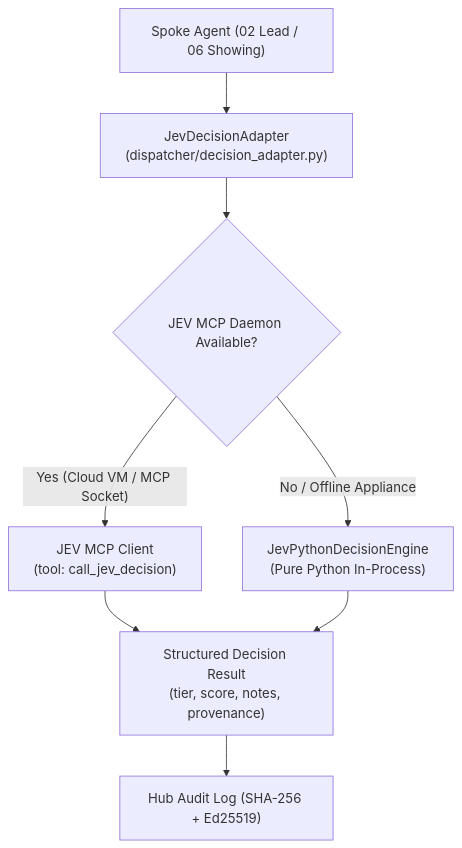
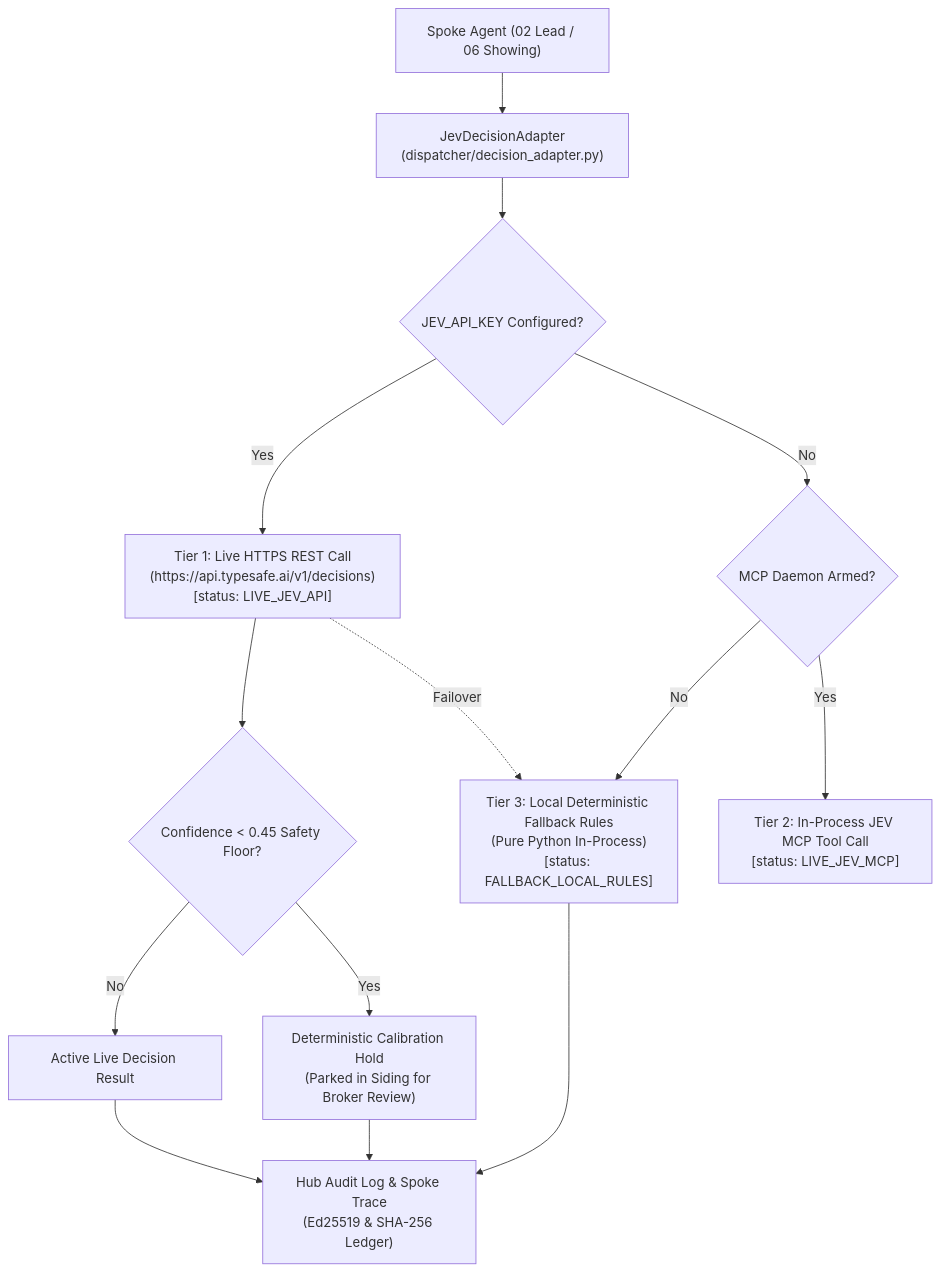
The sixth of 8 diagrams in docs/OPERATOR_TUNING_GUIDE.md (QuietFireAI/listing-assistants), drawn with Mermaid before and after one commit. The commit also changed other lines of this file and 7 other files, not shown here.

Commit message:
feat(fallback): enforce explicit fallback status tagging across JEV adapter, Agent 00 boot audit, Spoke 02, and all docs

````diff
--- a/docs/OPERATOR_TUNING_GUIDE.md
+++ b/docs/OPERATOR_TUNING_GUIDE.md
@@ -239,12 +239,19 @@
 ```mermaid
 flowchart TD
     Spoke["Spoke Agent (02 Lead / 06 Showing)"] --> Adapter["JevDecisionAdapter\n(dispatcher/decision_adapter.py)"]
-    Adapter --> Mode{"JEV MCP Daemon Available?"}
+    Adapter --> KeyCheck{"JEV_API_KEY Configured?"}
     
-    Mode -- "Yes (Cloud VM / MCP Socket)" --> MCP["JEV MCP Client\n(tool: call_jev_decision)"]
-    Mode -- "No / Offline Appliance" --> Fallback["JevPythonDecisionEngine\n(Pure Python In-Process)"]
+    KeyCheck -- "Yes" --> LiveAPI["Tier 1: Live HTTPS REST Call\n(https://api.typesafe.ai/v1/decisions)\n[status: LIVE_JEV_API]"]
+    LiveAPI --> ConfCheck{"Confidence < 0.45 Safety Floor?"}
+    ConfCheck -- "Yes" --> CalHold["Deterministic Calibration Hold\n(Parked in Siding for Broker Review)"]
+    ConfCheck -- "No" --> ActiveResult["Active Live Decision Result"]
     
-    MCP --> Result["Structured Decision Result\n(tier, score, notes, provenance)"]
-    Fallback --> Result
-    Result --> Audit["Hub Audit Log (SHA-256 + Ed25519)"]
+    LiveAPI -. "Failover" .-> Fallback
+    KeyCheck -- "No" --> MCPCheck{"MCP Daemon Armed?"}
+    MCPCheck -- "Yes" --> MCP["Tier 2: In-Process JEV MCP Tool Call\n[status: LIVE_JEV_MCP]"]
+    MCPCheck -- "No" --> Fallback["Tier 3: Local Deterministic Fallback Rules\n(Pure Python In-Process)\n[status: FALLBACK_LOCAL_RULES]"]
+    
+    ActiveResult --> Audit["Hub Audit Log & Spoke Trace\n(Ed25519 & SHA-256 Ledger)"]
+    CalHold --> Audit
+    Fallback --> Audit
 ```
````
